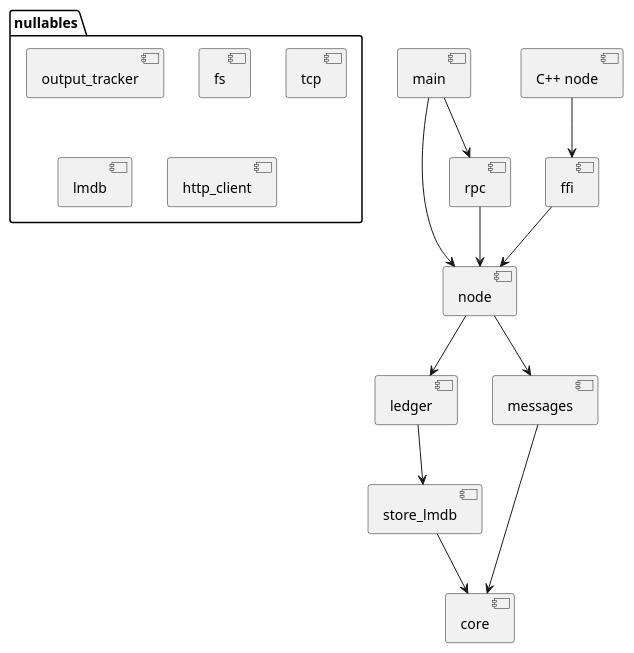
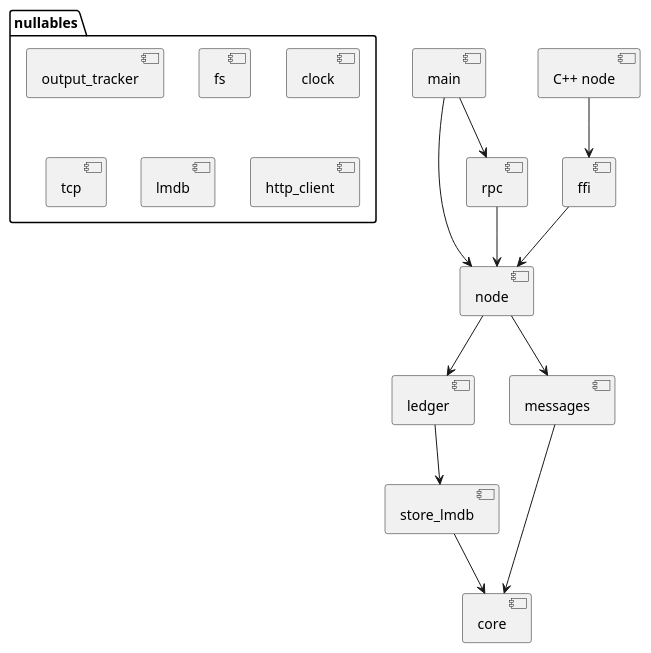
One commit to stjet/rsban-node changed the diagram in rust/doc/crates.puml. Above: the diagram before and after it, drawn with PlantUML. The commit also changed 26 other files, not shown here.

```diff
--- a/rust/doc/crates.puml
+++ b/rust/doc/crates.puml
@@ -1,33 +1,34 @@
 @startuml "Split crates"
 
 [nullables]
 [core]
 [ledger]
 [store_lmdb]
 [messages]
 [node]
 [main]
 [rpc]
 [ffi]
 [C++ node]
 
 folder "nullables"{
 [output_tracker]
 [fs]
+[clock]
 [tcp]
 [lmdb]
 [http_client]
 }
 
 [C++ node] --> [ffi]
 [main] --> [node]
 [main] --> [rpc]
 [rpc] --> [node]
 [node] --> [ledger]
 [node] --> [messages]
 [messages] --> [core]
 [ledger] --> [store_lmdb]
 [store_lmdb] --> [core]
 [ffi] --> [node]
 
 @enduml
```
